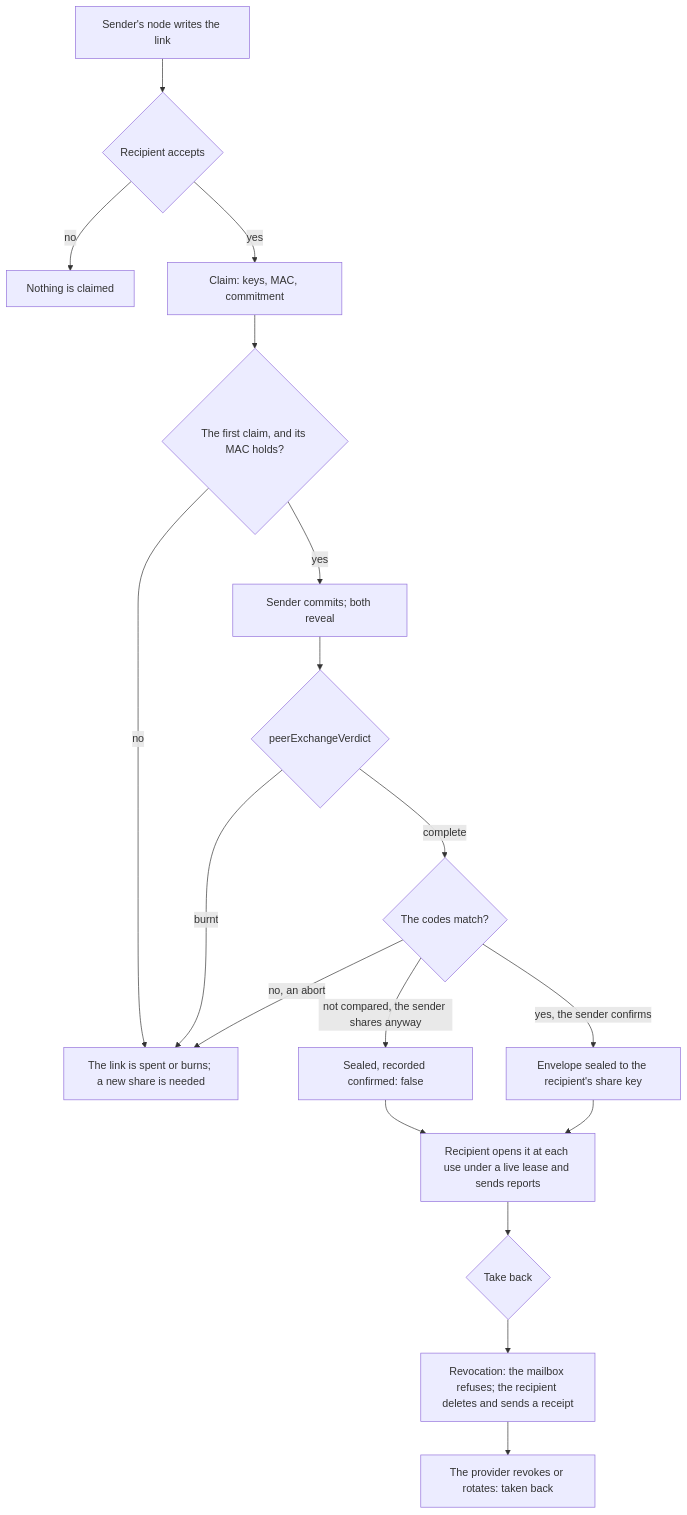
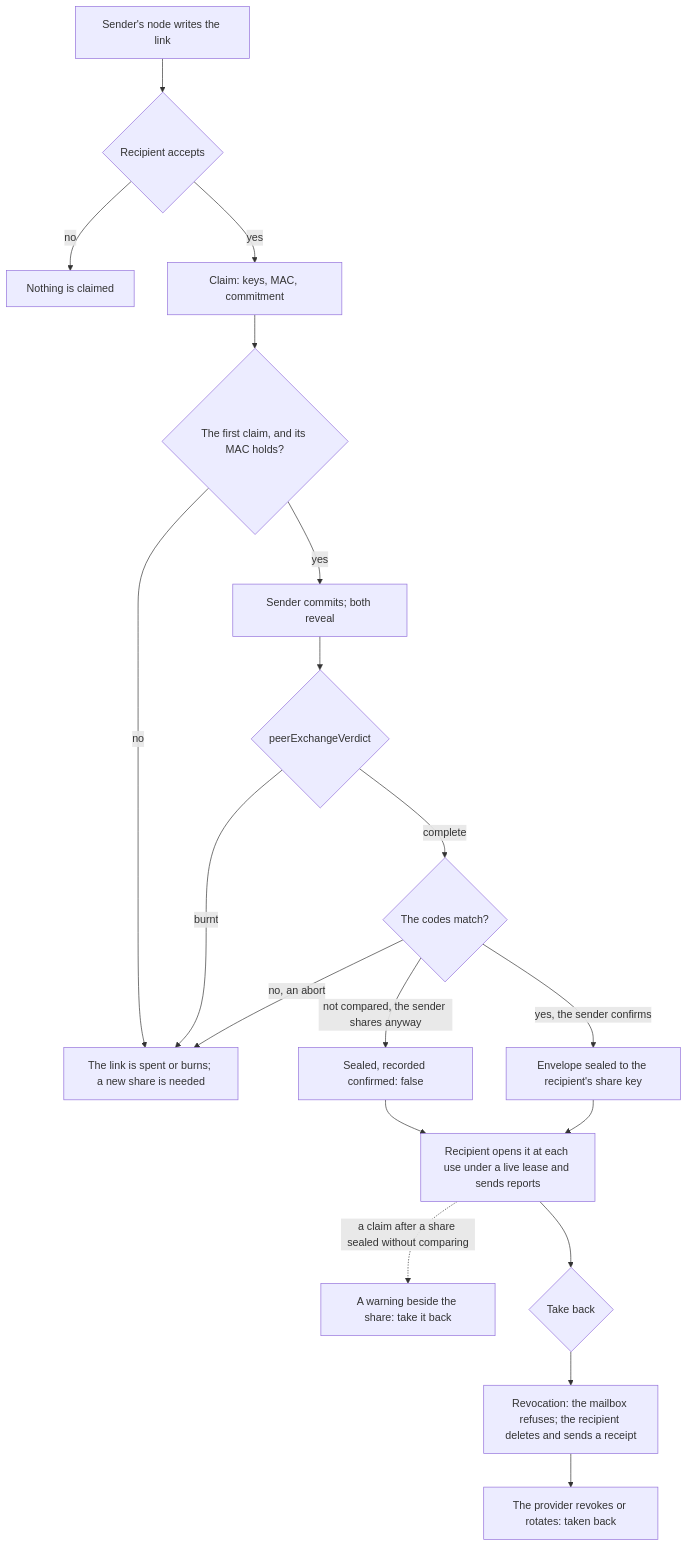
One commit to passioncode-ai/fabric-agent-contract changed diagram 33 of 34 in docs/ux/flows.md. Above: the diagram before and after it, drawn with Mermaid. The commit also changed other lines of this file and 17 other files, not shown here.

````diff
--- a/docs/ux/flows.md
+++ b/docs/ux/flows.md
@@ -833,20 +833,21 @@
 ```mermaid
 flowchart TD
   L[Sender's node writes the link] --> A{Recipient accepts}
   A -->|no| N[Nothing is claimed]
   A -->|yes| C[Claim: keys, MAC, commitment]
   C --> M{The first claim, and its MAC holds?}
   M -->|no| B[The link is spent or burns; a new share is needed]
   M -->|yes| K[Sender commits; both reveal]
   K --> V{peerExchangeVerdict}
   V -->|burnt| B
   V -->|complete| S{The codes match?}
   S -->|no, an abort| B
   S -->|yes, the sender confirms| E[Envelope sealed to the recipient's share key]
   S -->|not compared, the sender shares anyway| F[Sealed, recorded confirmed: false]
   F --> U
+  U -.->|a claim after a share sealed without comparing| WN[A warning beside the share: take it back]
   E --> U[Recipient opens it at each use under a live lease and sends reports]
   U --> T{Take back}
   T --> R[Revocation: the mailbox refuses; the recipient deletes and sends a receipt]
   R --> P[The provider revokes or rotates: taken back]
 ```
````
